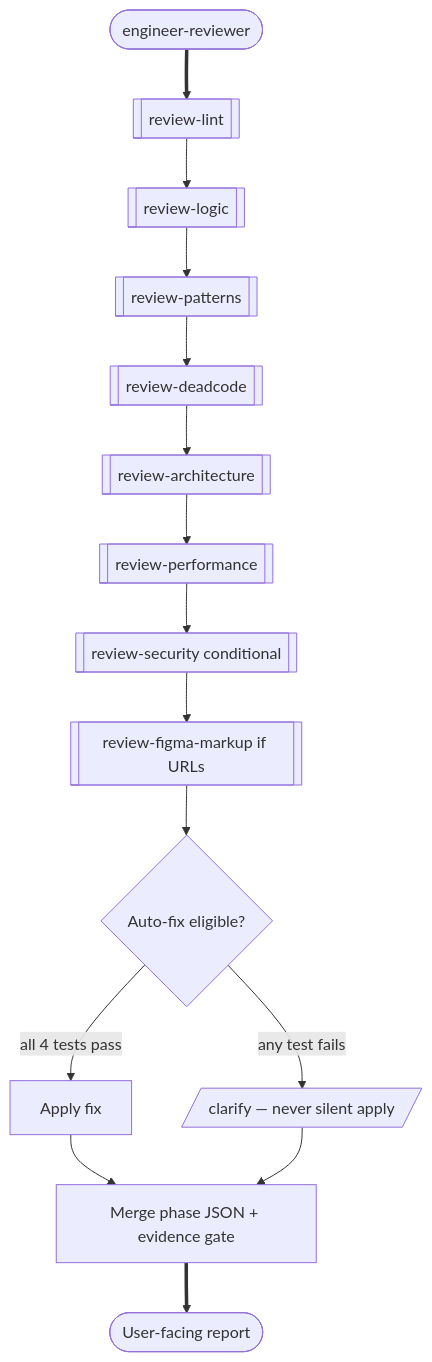
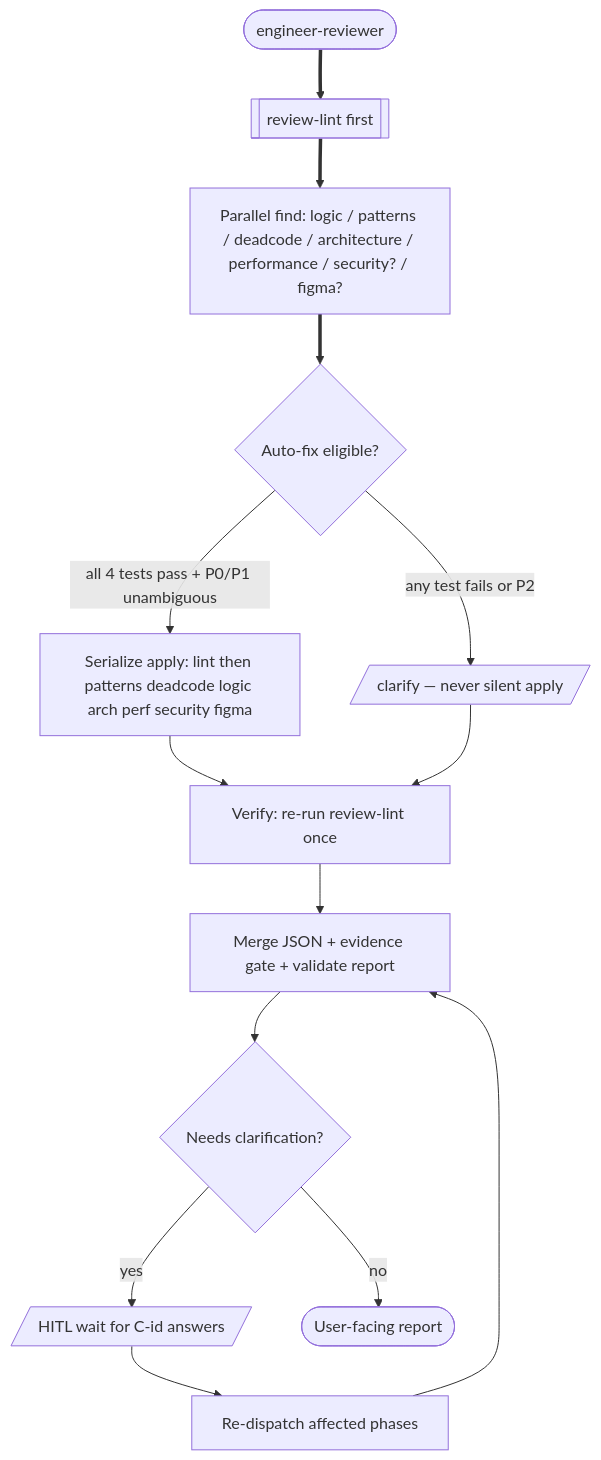
The sixth of 8 diagrams in docs/superpowers/pipeline-flow.md (a-trembak/cursor-spells), drawn with Mermaid before and after one commit. The commit also changed other lines of this file and 3 other files, not shown here.

````diff
--- a/docs/superpowers/pipeline-flow.md
+++ b/docs/superpowers/pipeline-flow.md
@@ -225,32 +229,29 @@
 ```mermaid
 flowchart TD
   orch(["engineer-reviewer"])
-  lint[["review-lint"]]
-  logic[["review-logic"]]
-  patterns[["review-patterns"]]
-  deadcode[["review-deadcode"]]
-  arch[["review-architecture"]]
-  perf[["review-performance"]]
-  security[["review-security conditional"]]
-  figma[["review-figma-markup if URLs"]]
+  lint[["review-lint first"]]
+  parallelFind["Parallel find: logic / patterns / deadcode / architecture / performance / security? / figma?"]
   autofix{Auto-fix eligible?}
-  apply["Apply fix"]
+  apply["Serialize apply: lint then patterns deadcode logic arch perf security figma"]
   clarifyItem[/"clarify — never silent apply"/]
-  merge["Merge phase JSON + evidence gate"]
+  verifyLint["Verify: re-run review-lint once"]
+  merge["Merge JSON + evidence gate + validate report"]
+  needsClarify{Needs clarification?}
+  waitHitl[/"HITL wait for C-id answers"/]
+  redispatch["Re-dispatch affected phases"]
   report(["User-facing report"])
 
   orch ==> lint
-  lint --> logic
-  logic --> patterns
-  patterns --> deadcode
-  deadcode --> arch
-  arch --> perf
-  perf --> security
-  security --> figma
-  figma --> autofix
-  autofix -->|"all 4 tests pass"| apply
-  autofix -->|"any test fails"| clarifyItem
-  apply --> merge
-  clarifyItem --> merge
-  merge ==> report
+  lint ==> parallelFind
+  parallelFind ==> autofix
+  autofix -->|"all 4 tests pass + P0/P1 unambiguous"| apply
+  autofix -->|"any test fails or P2"| clarifyItem
+  apply --> verifyLint
+  clarifyItem --> verifyLint
+  verifyLint --> merge
+  merge --> needsClarify
+  needsClarify -->|"yes"| waitHitl
+  waitHitl --> redispatch
+  redispatch --> merge
+  needsClarify -->|"no"| report
 ```
````
